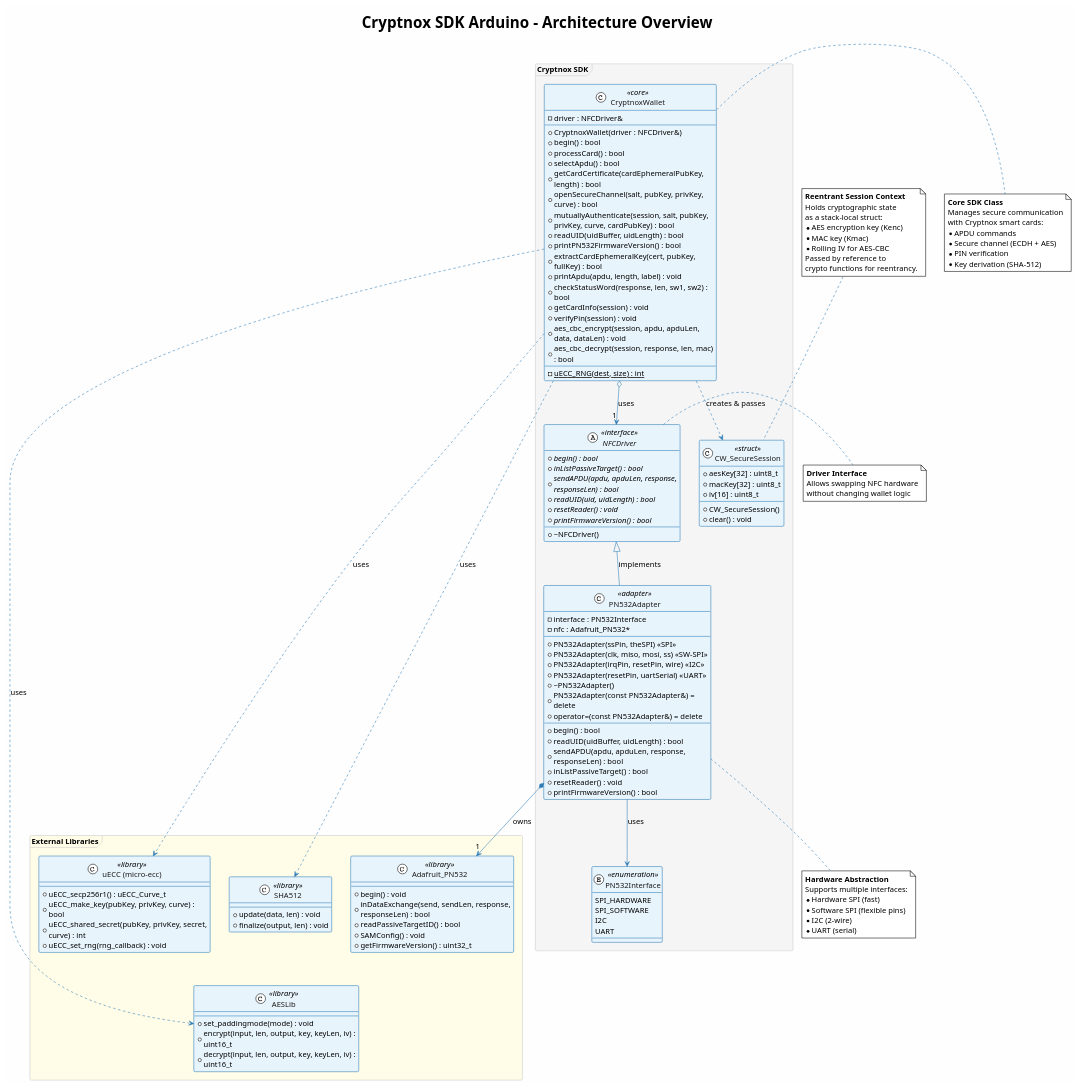
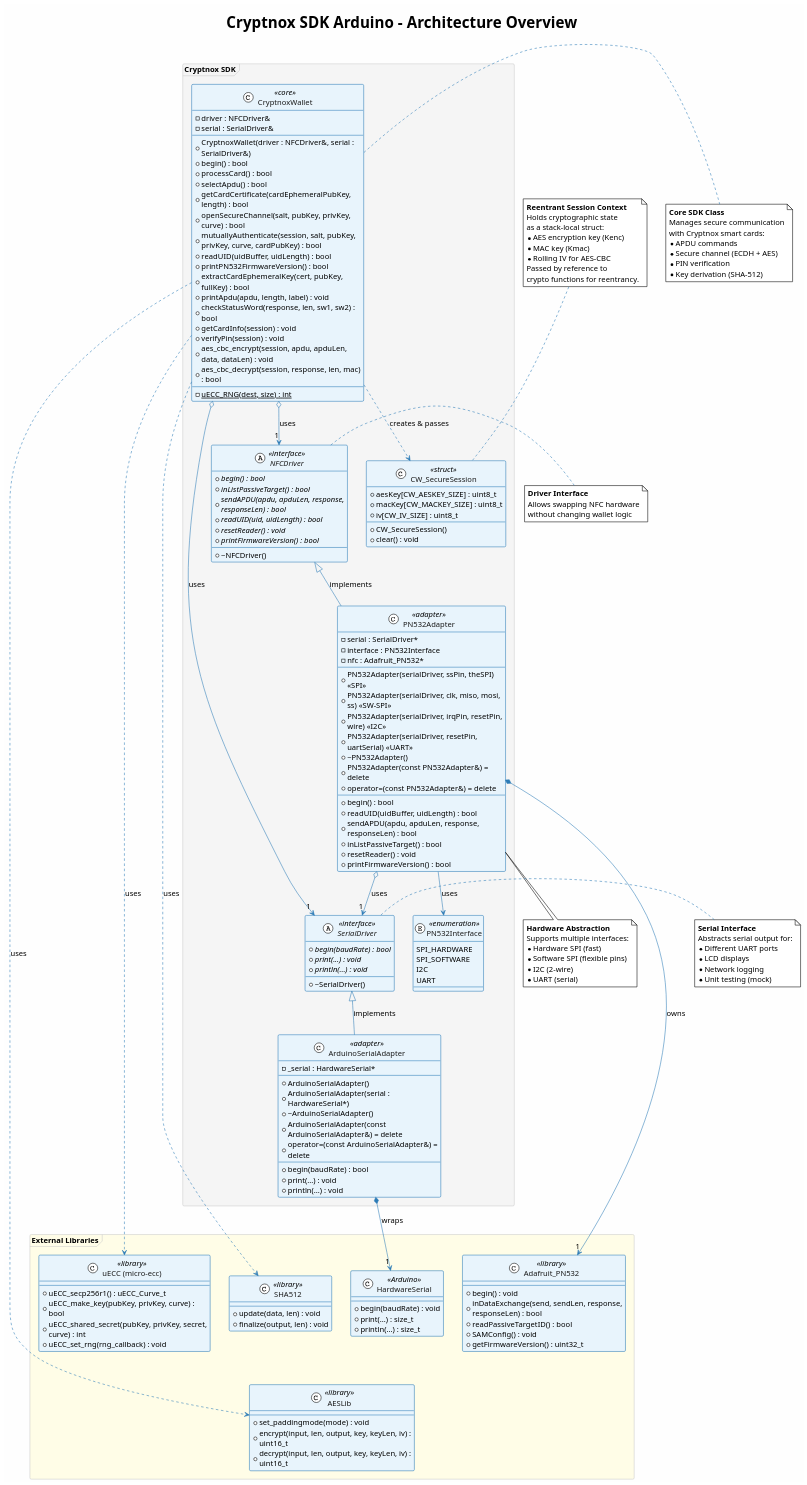
Before and after one commit to embarquech/cryptnox-sdk-arduino: the diagram in docs/architecture/overview.puml, drawn with PlantUML.

```diff
--- a/docs/architecture/overview.puml
+++ b/docs/architecture/overview.puml
@@ -41,10 +41,18 @@
         + ~NFCDriver()
     }
 
+    abstract class SerialDriver <<interface>> {
+        + {abstract} begin(baudRate) : bool
+        + {abstract} print(...) : void
+        + {abstract} println(...) : void
+        --
+        + ~SerialDriver()
+    }
+
     class CW_SecureSession <<struct>> {
-        + aesKey[32] : uint8_t
-        + macKey[32] : uint8_t
-        + iv[16] : uint8_t
+        + aesKey[CW_AESKEY_SIZE] : uint8_t
+        + macKey[CW_MACKEY_SIZE] : uint8_t
+        + iv[CW_IV_SIZE] : uint8_t
         --
         + CW_SecureSession()
         + clear() : void
@@ -52,8 +60,9 @@
 
     class CryptnoxWallet <<core>> {
         - driver : NFCDriver&
+        - serial : SerialDriver&
         --
-        + CryptnoxWallet(driver : NFCDriver&)
+        + CryptnoxWallet(driver : NFCDriver&, serial : SerialDriver&)
         + begin() : bool
         + processCard() : bool
         + selectApdu() : bool
@@ -81,13 +90,14 @@
     }
 
     class PN532Adapter <<adapter>> {
+        - serial : SerialDriver*
         - interface : PN532Interface
         - nfc : Adafruit_PN532*
         --
-        + PN532Adapter(ssPin, theSPI) <<SPI>>
-        + PN532Adapter(clk, miso, mosi, ss) <<SW-SPI>>
-        + PN532Adapter(irqPin, resetPin, wire) <<I2C>>
-        + PN532Adapter(resetPin, uartSerial) <<UART>>
+        + PN532Adapter(serialDriver, ssPin, theSPI) <<SPI>>
+        + PN532Adapter(serialDriver, clk, miso, mosi, ss) <<SW-SPI>>
+        + PN532Adapter(serialDriver, irqPin, resetPin, wire) <<I2C>>
+        + PN532Adapter(serialDriver, resetPin, uartSerial) <<UART>>
         + ~PN532Adapter()
         + PN532Adapter(const PN532Adapter&) = delete
         + operator=(const PN532Adapter&) = delete
@@ -98,6 +108,20 @@
         + inListPassiveTarget() : bool
         + resetReader() : void
         + printFirmwareVersion() : bool
+    }
+
+    class ArduinoSerialAdapter <<adapter>> {
+        - _serial : HardwareSerial*
+        --
+        + ArduinoSerialAdapter()
+        + ArduinoSerialAdapter(serial : HardwareSerial*)
+        + ~ArduinoSerialAdapter()
+        + ArduinoSerialAdapter(const ArduinoSerialAdapter&) = delete
+        + operator=(const ArduinoSerialAdapter&) = delete
+        --
+        + begin(baudRate) : bool
+        + print(...) : void
+        + println(...) : void
     }
 }
 
@@ -128,6 +152,12 @@
         + update(data, len) : void
         + finalize(output, len) : void
     }
+
+    class HardwareSerial <<Arduino>> {
+        + begin(baudRate) : void
+        + print(...) : size_t
+        + println(...) : size_t
+    }
 }
 
 ' ============================================
@@ -135,16 +165,21 @@
 ' ============================================
 
 NFCDriver <|-- PN532Adapter : implements
+SerialDriver <|-- ArduinoSerialAdapter : implements
 CryptnoxWallet o--> "1" NFCDriver : uses
+CryptnoxWallet o--> "1" SerialDriver : uses
 CryptnoxWallet ..> CW_SecureSession : "creates & passes"
+PN532Adapter o--> "1" SerialDriver : uses
 PN532Adapter --> PN532Interface : uses
 PN532Adapter *--> "1" Adafruit_PN532 : owns
+ArduinoSerialAdapter *--> "1" HardwareSerial : wraps
 
 CryptnoxWallet ..> AESLib : uses
 CryptnoxWallet ..> uECC : uses
 CryptnoxWallet ..> SHA512 : uses
 
 Adafruit_PN532 -[hidden]- AESLib
+SerialDriver -[hidden]- NFCDriver
 
 ' ============================================
 ' NOTES
@@ -186,4 +221,13 @@
   without changing wallet logic
 end note
 
+note left of SerialDriver
+  **Serial Interface**
+  Abstracts serial output for:
+  * Different UART ports
+  * LCD displays
+  * Network logging
+  * Unit testing (mock)
+end note
+
 @enduml
```
